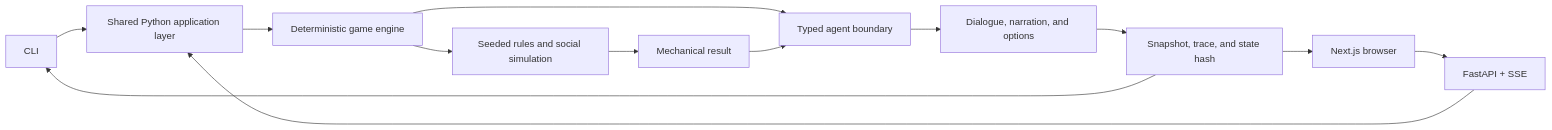
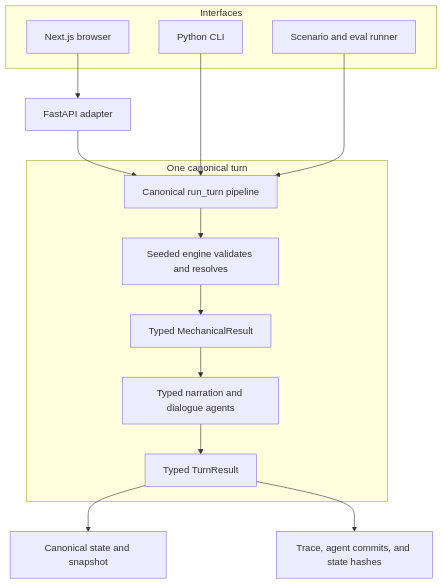
The first of 2 diagrams in README.md (iamianM/llm-game), drawn with Mermaid before and after one commit. The commit also changed other lines of this file and 117 other files, not shown here.

````diff
--- a/README.md
+++ b/README.md
@@ -43,15 +82,23 @@
 ```mermaid
-flowchart LR
-    CLI[CLI] --> API[Shared Python application layer]
-    WEB[Next.js browser] --> HTTP[FastAPI + SSE]
-    HTTP --> API
-    API --> ENGINE[Deterministic game engine]
-    ENGINE --> RULES[Seeded rules and social simulation]
-    ENGINE --> AGENTS[Typed agent boundary]
-    RULES --> RESULT[Mechanical result]
-    RESULT --> AGENTS
-    AGENTS --> STORY[Dialogue, narration, and options]
-    STORY --> TRACE[Snapshot, trace, and state hash]
-    TRACE --> CLI
-    TRACE --> WEB
+flowchart TB
+    subgraph Interfaces
+        Browser[Next.js browser]
+        CLI[Python CLI]
+        Scenarios[Scenario and eval runner]
+    end
+
+    Browser --> API[FastAPI adapter]
+    API --> Turn[Canonical run_turn pipeline]
+    CLI --> Turn
+    Scenarios --> Turn
+
+    subgraph Resolution[One canonical turn]
+        Turn --> Engine[Seeded engine validates and resolves]
+        Engine --> Result[Typed MechanicalResult]
+        Result --> Agents[Typed narration and dialogue agents]
+        Agents --> Output[Typed TurnResult]
+    end
+
+    Output --> State[Canonical state and snapshot]
+    Output --> Trace[Trace, agent commits, and state hashes]
 ```
````
